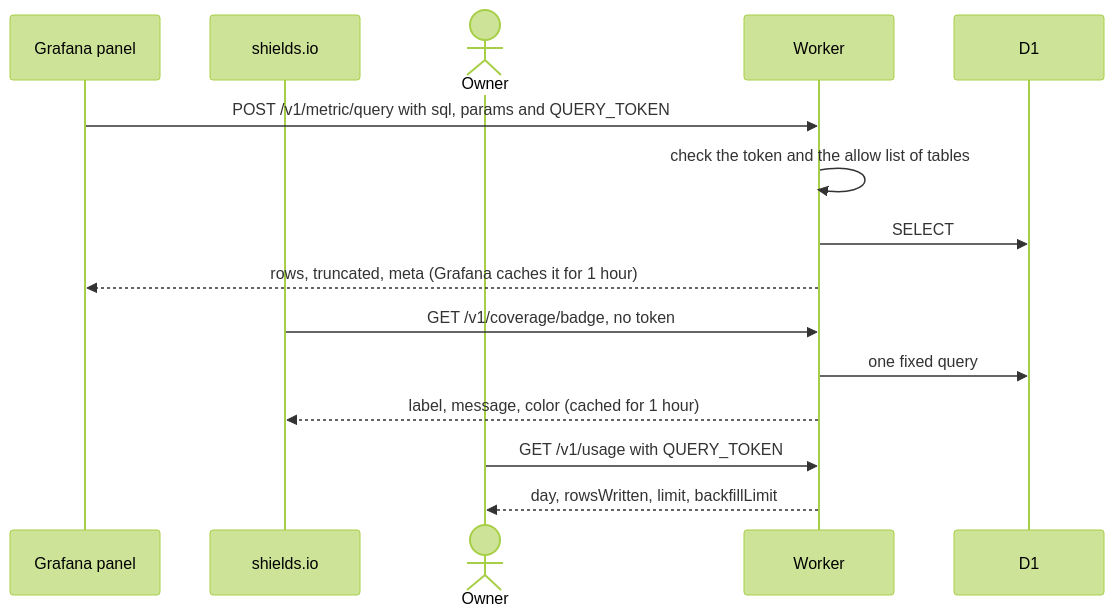
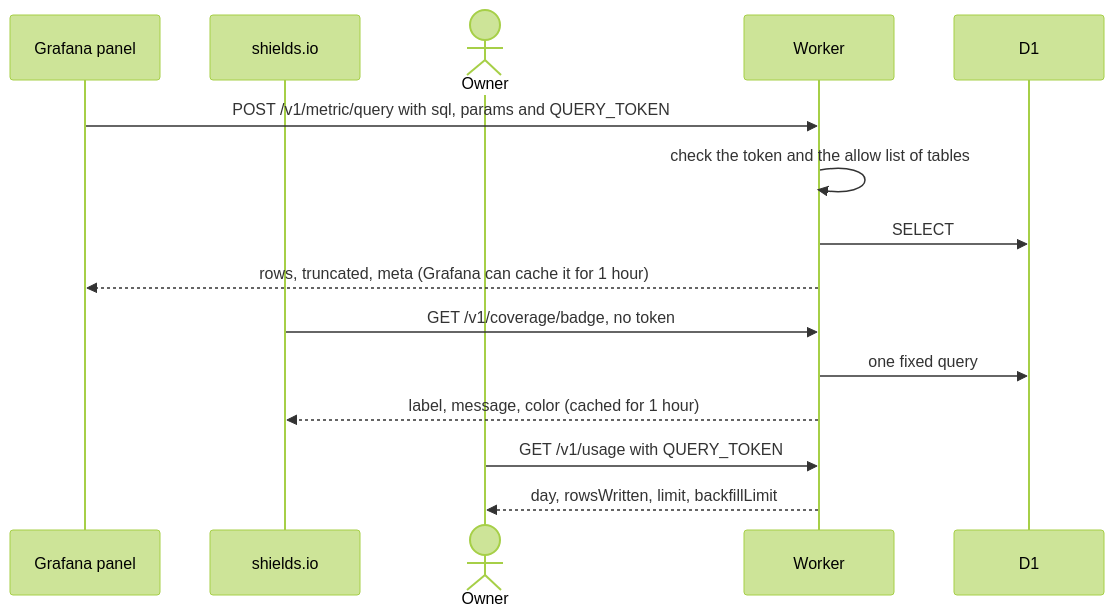
The fourth of 5 diagrams in docs/architecture.md (theopnv/devanalytics), drawn with Mermaid (forest theme) before and after one commit. The commit also changed 7 other files, not shown here.

First line of the commit message:
fix: order the table columns, label the suite chart and correct the Grafana guide

````diff
--- a/docs/architecture.md
+++ b/docs/architecture.md
@@ -155,17 +155,17 @@
 ```mermaid
 sequenceDiagram
   participant Panel as Grafana panel
   participant Shields as shields.io
   actor Owner
   participant W as Worker
   participant D1
   Panel->>W: POST /v1/metric/query with sql, params and QUERY_TOKEN
   W->>W: check the token and the allow list of tables
   W->>D1: SELECT
-  W-->>Panel: rows, truncated, meta (Grafana caches it for 1 hour)
+  W-->>Panel: rows, truncated, meta (Grafana can cache it for 1 hour)
   Shields->>W: GET /v1/coverage/badge, no token
   W->>D1: one fixed query
   W-->>Shields: label, message, color (cached for 1 hour)
   Owner->>W: GET /v1/usage with QUERY_TOKEN
   W-->>Owner: day, rowsWritten, limit, backfillLimit
 ```
````
